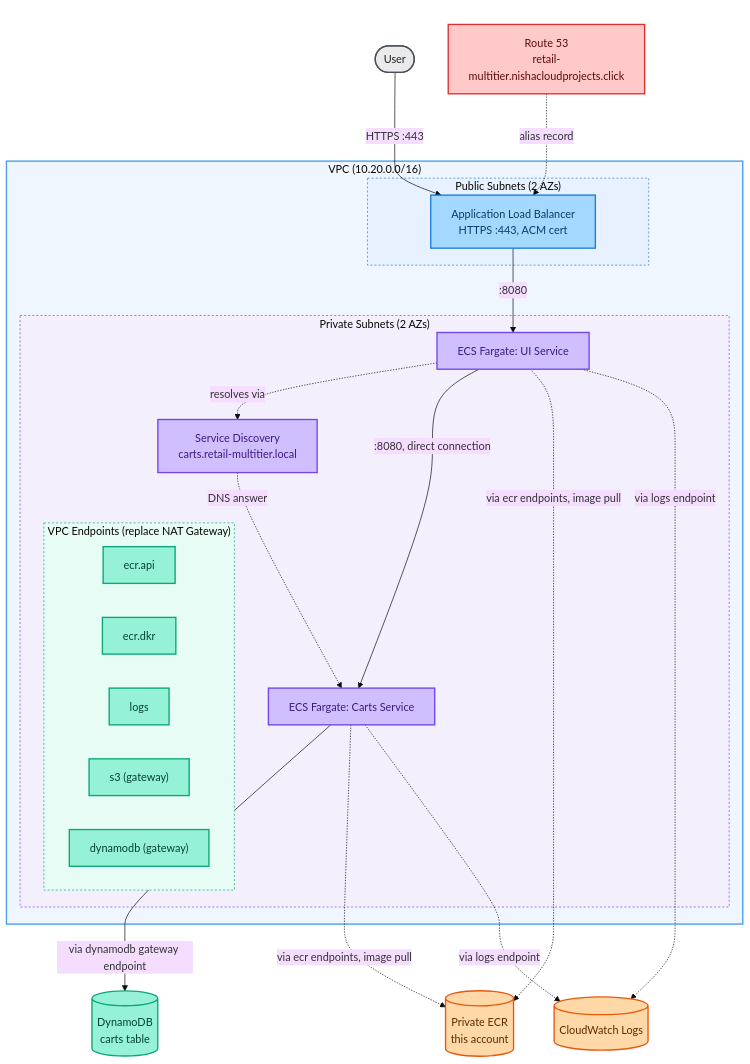
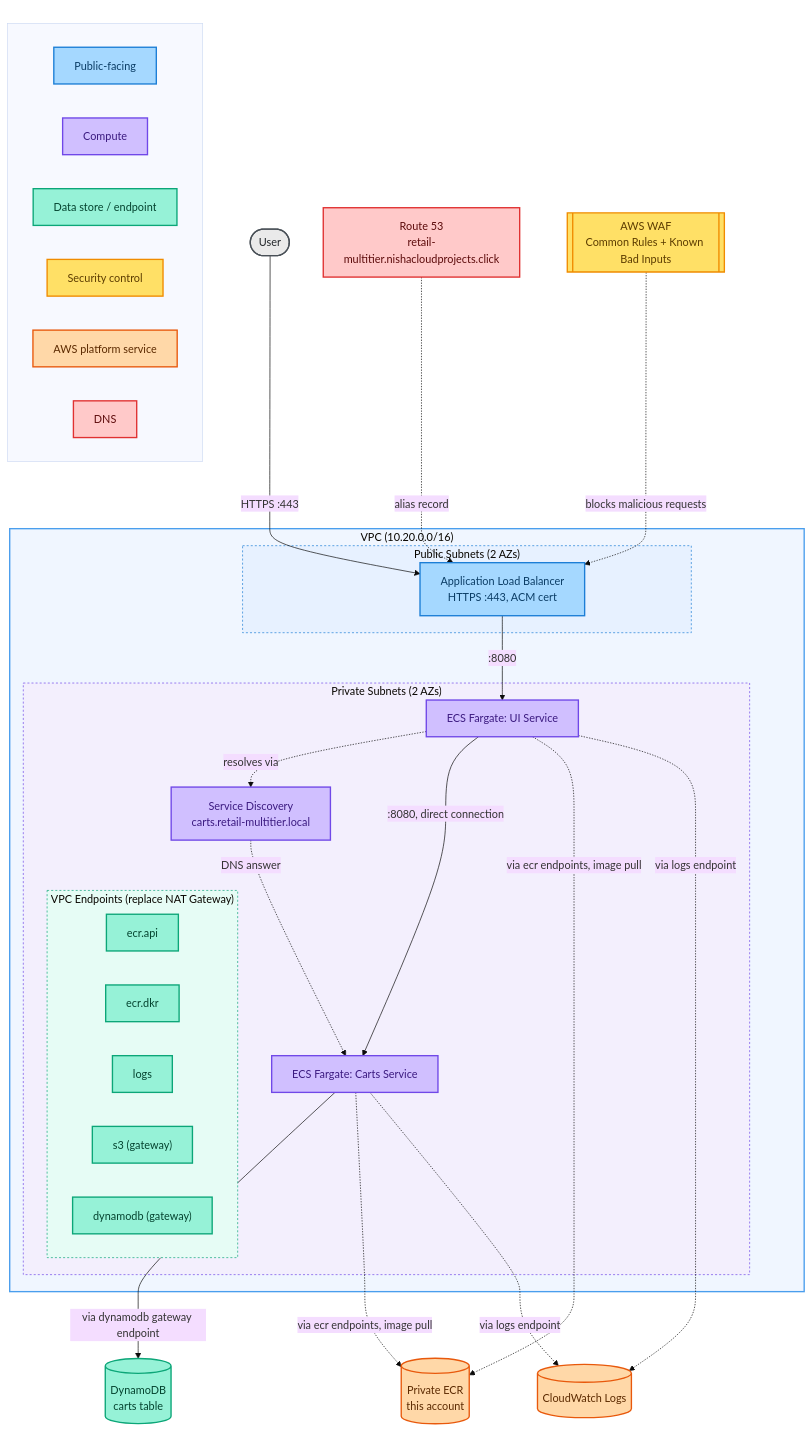
One commit to Nisha318/retail-ecs-fargate-multitier changed the diagram in README.md. Above: the diagram before and after it, drawn with Mermaid (base theme). The commit also changed other lines of this file and 1 other file, not shown here.

Commit message:
Add AWS WAF to architecture diagrams and update deployment status with verification details

````diff
--- a/README.md
+++ b/README.md
@@ -12,6 +12,8 @@
         User([User])
         R53[Route 53<br/>retail-multitier.nishacloudprojects.click]
     end
+
+    WAF[[AWS WAF<br/>Common Rules + Known Bad Inputs]]
 
     subgraph VPC["VPC (10.20.0.0/16)"]
         subgraph Public["Public Subnets (2 AZs)"]
@@ -38,6 +40,7 @@
     ECR[(Private ECR<br/>this account)]
 
     R53 -.->|alias record| ALB
+    WAF -.->|blocks malicious requests| ALB
     User -->|HTTPS :443| ALB
     ALB -->|:8080| UI
     UI -.->|resolves via| SD
@@ -52,12 +55,14 @@
     classDef publicNode fill:#a5d8ff,stroke:#1c7ed6,stroke-width:2px,color:#0b3d66
     classDef computeNode fill:#d0bfff,stroke:#7048e8,stroke-width:2px,color:#3b1a80
     classDef dataNode fill:#96f2d7,stroke:#0ca678,stroke-width:2px,color:#04432f
+    classDef securityNode fill:#ffe066,stroke:#f08c00,stroke-width:2px,color:#5c3c00
     classDef externalNode fill:#ffd8a8,stroke:#e8590c,stroke-width:2px,color:#5c2a00
     classDef dnsNode fill:#ffc9c9,stroke:#e03131,stroke-width:2px,color:#5c0a0a
     classDef userNode fill:#eaeaea,stroke:#495057,stroke-width:2px,color:#212529
 
     class User userNode
     class R53 dnsNode
+    class WAF securityNode
     class ALB publicNode
     class UI,Carts,SD computeNode
     class EcrApi,EcrDkr,LogsEp,S3Ep,DdbEp,DDB dataNode
@@ -68,4 +73,19 @@
     style Private fill:#f3effd,stroke:#7048e8,stroke-width:1px,stroke-dasharray: 3 3
     style Endpoints fill:#e6fcf5,stroke:#0ca678,stroke-width:1px,stroke-dasharray: 3 3
     style Internet fill:none,stroke:none
+
+    subgraph Legend[" "]
+        L1[Public-facing]
+        L2[Compute]
+        L3[Data store / endpoint]
+        L8[Security control]
+        L4[AWS platform service]
+        L5[DNS]
+    end
+    class L1 publicNode
+    class L2 computeNode
+    class L3 dataNode
+    class L8 securityNode
+    class L4 externalNode
+    class L5 dnsNode
 ```
````
